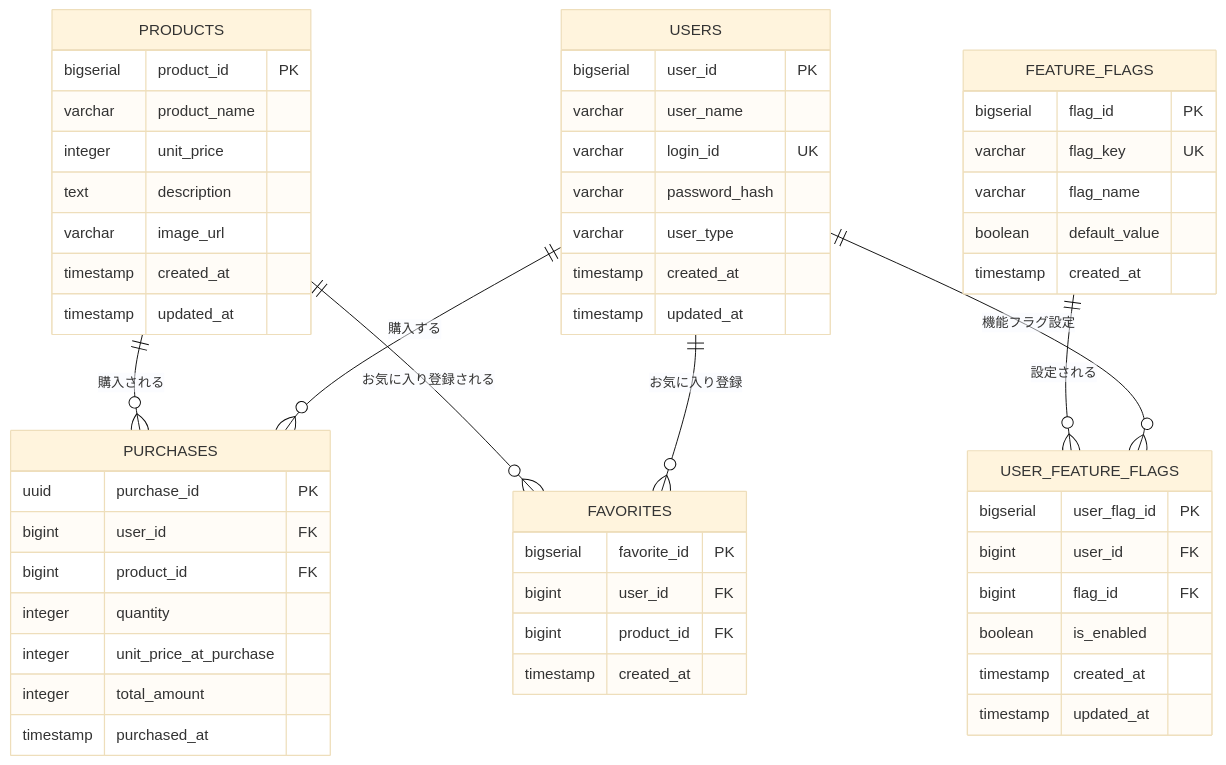
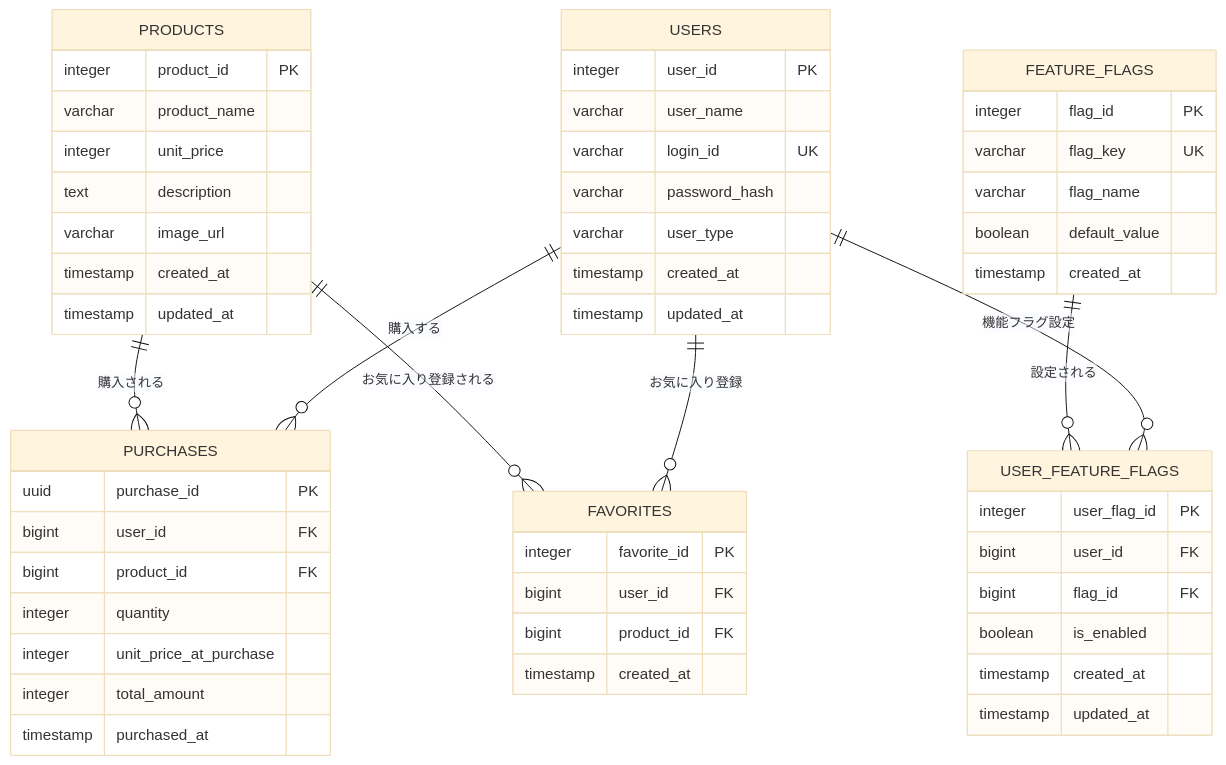
The diagram in docs/specs/mobile-app-system/04-data-model.md (Takas0522/ws-demo-mobile-app), drawn with Mermaid (base theme) before and after one commit. The commit also changed other lines of this file and 42 other files, not shown here.

````diff
--- a/docs/specs/mobile-app-system/04-data-model.md
+++ b/docs/specs/mobile-app-system/04-data-model.md
@@ -34,63 +34,63 @@
 ```mermaid
 erDiagram
     USERS ||--o{ PURCHASES : "購入する"
     USERS ||--o{ FAVORITES : "お気に入り登録"
     USERS ||--o{ USER_FEATURE_FLAGS : "機能フラグ設定"
     PRODUCTS ||--o{ PURCHASES : "購入される"
     PRODUCTS ||--o{ FAVORITES : "お気に入り登録される"
     FEATURE_FLAGS ||--o{ USER_FEATURE_FLAGS : "設定される"
     
     USERS {
-        bigserial user_id PK
+        integer user_id PK
         varchar user_name
         varchar login_id UK
         varchar password_hash
         varchar user_type
         timestamp created_at
         timestamp updated_at
     }
     
     PRODUCTS {
-        bigserial product_id PK
+        integer product_id PK
         varchar product_name
         integer unit_price
         text description
         varchar image_url
         timestamp created_at
         timestamp updated_at
     }
     
     PURCHASES {
         uuid purchase_id PK
         bigint user_id FK
         bigint product_id FK
         integer quantity
         integer unit_price_at_purchase
         integer total_amount
         timestamp purchased_at
     }
     
     FAVORITES {
-        bigserial favorite_id PK
+        integer favorite_id PK
         bigint user_id FK
         bigint product_id FK
         timestamp created_at
     }
     
     FEATURE_FLAGS {
-        bigserial flag_id PK
+        integer flag_id PK
         varchar flag_key UK
         varchar flag_name
         boolean default_value
         timestamp created_at
     }
     
     USER_FEATURE_FLAGS {
-        bigserial user_flag_id PK
+        integer user_flag_id PK
         bigint user_id FK
         bigint flag_id FK
         boolean is_enabled
         timestamp created_at
         timestamp updated_at
     }
 ```
````
